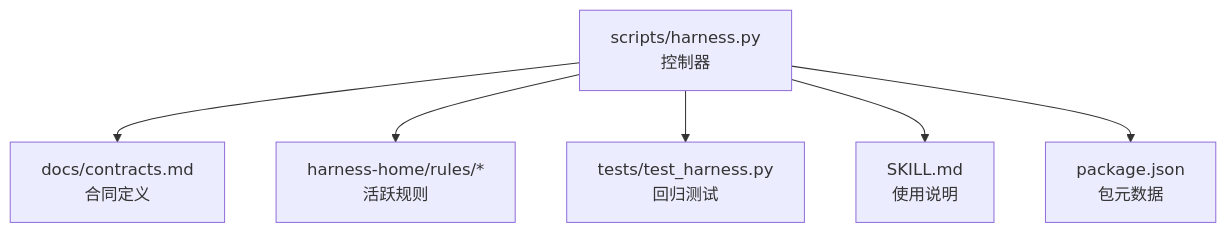
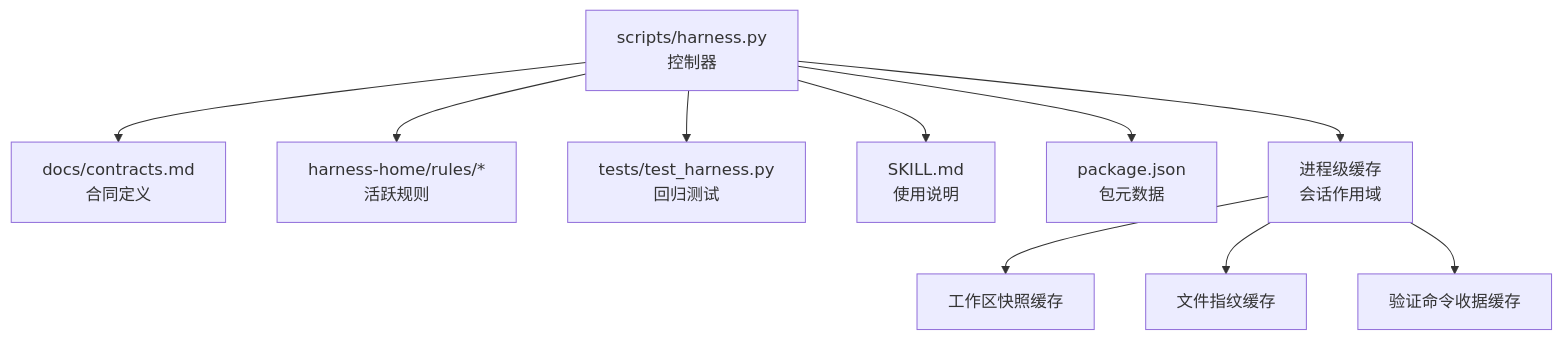
One commit to HackSing/docs-harness changed the first of 8 diagrams in .qoder/repowiki/zh/content/高级主题/性能优化/性能优化.md. Above: the diagram before and after it, drawn with Mermaid. The commit also changed other lines of this file and 45 other files, not shown here.

First line of the commit message:
feat(harness): v1.7.6 按变更面选择验证强度、git_commit 受控意图与关键词 Gate 路由移除

````diff
--- a/.qoder/repowiki/zh/content/高级主题/性能优化/性能优化.md
+++ b/.qoder/repowiki/zh/content/高级主题/性能优化/性能优化.md
@@ -44,8 +50,12 @@
 ```mermaid
 graph TB
 A["scripts/harness.py<br/>控制器"] --> B["docs/contracts.md<br/>合同定义"]
 A --> C["harness-home/rules/*<br/>活跃规则"]
 A --> D["tests/test_harness.py<br/>回归测试"]
 A --> E["SKILL.md<br/>使用说明"]
 A --> F["package.json<br/>包元数据"]
+A --> G["进程级缓存<br/>会话作用域"]
+G --> H["工作区快照缓存"]
+G --> I["文件指纹缓存"]
+G --> J["验证命令收据缓存"]
 ```
````
